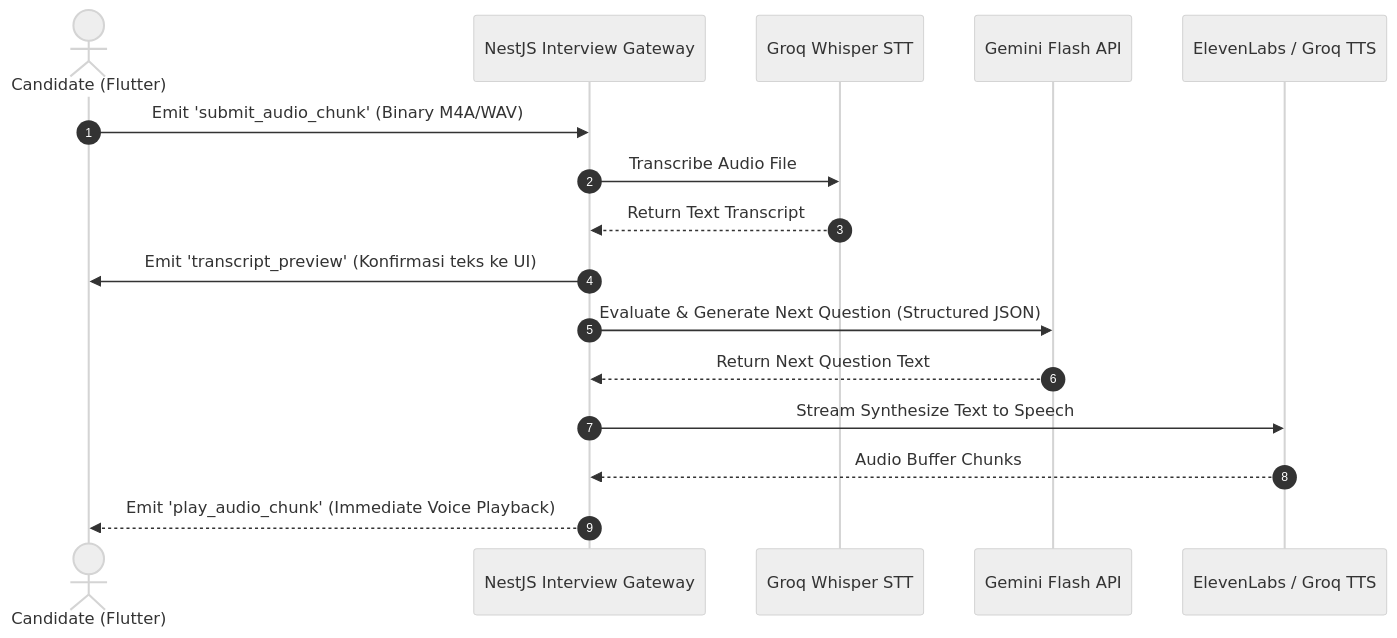
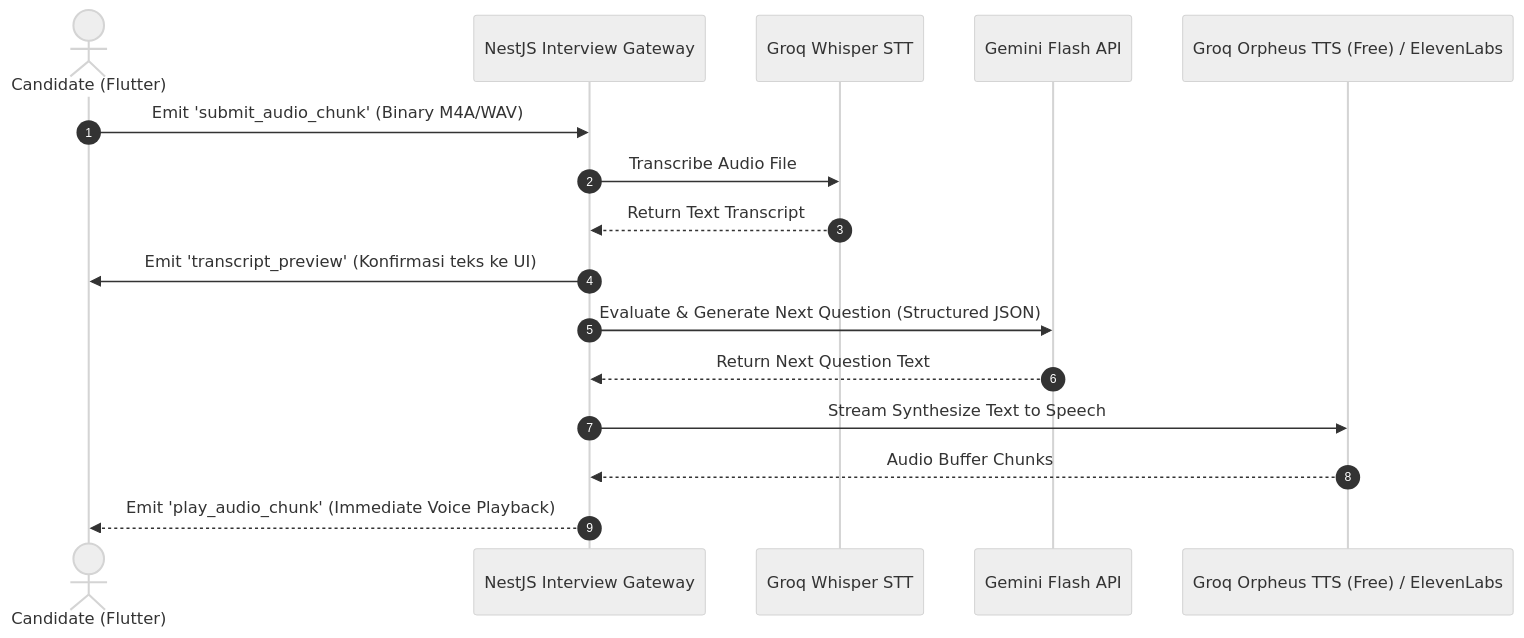
One commit to ahmdtrdi/yudha-app changed the third of 3 diagrams in docs/PRD-AI-INTERVIEW.md. Above: the diagram before and after it, drawn with Mermaid (neutral theme). The commit also changed other lines of this file and 2 other files, not shown here.

````diff
--- a/docs/PRD-AI-INTERVIEW.md
+++ b/docs/PRD-AI-INTERVIEW.md
@@ -148,19 +148,19 @@
 ```mermaid
 sequenceDiagram
     autonumber
     actor User as Candidate (Flutter)
     participant WS as NestJS Interview Gateway
     participant Groq as Groq Whisper STT
     participant Gemini as Gemini Flash API
-    participant TTS as ElevenLabs / Groq TTS
+    participant TTS as Groq Orpheus TTS (Free) / ElevenLabs
 
     User->>WS: Emit 'submit_audio_chunk' (Binary M4A/WAV)
     WS->>Groq: Transcribe Audio File
     Groq-->>WS: Return Text Transcript
     WS->>User: Emit 'transcript_preview' (Konfirmasi teks ke UI)
     WS->>Gemini: Evaluate & Generate Next Question (Structured JSON)
     Gemini-->>WS: Return Next Question Text
     WS->>TTS: Stream Synthesize Text to Speech
     TTS-->>WS: Audio Buffer Chunks
     WS-->>User: Emit 'play_audio_chunk' (Immediate Voice Playback)
 ```
````
